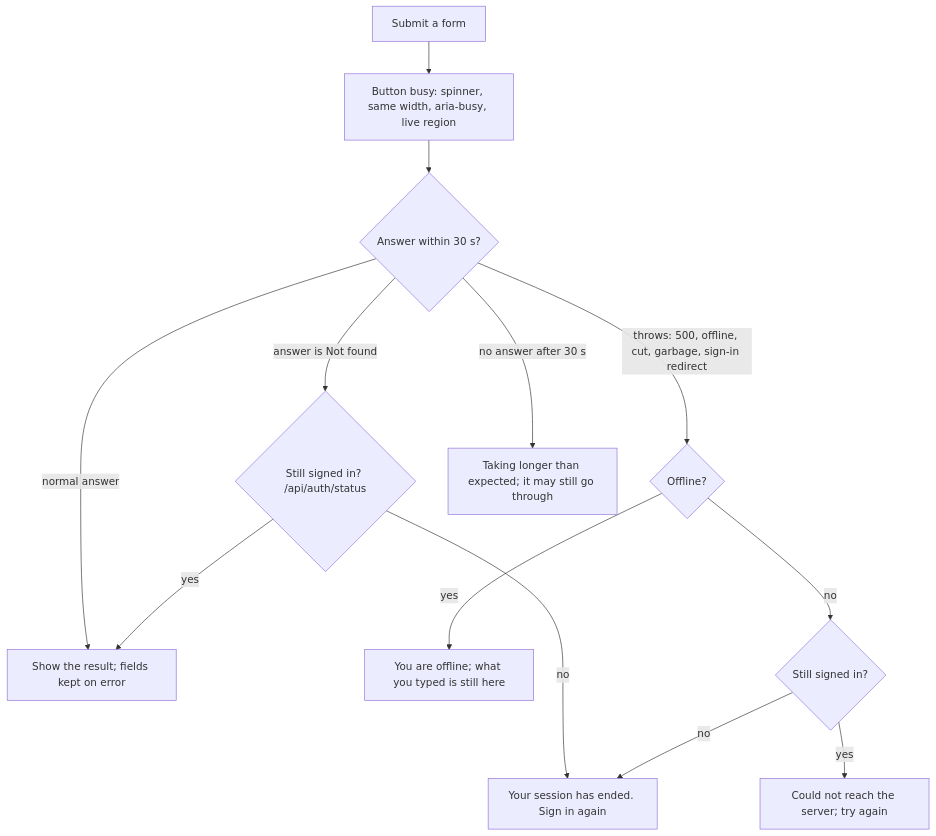
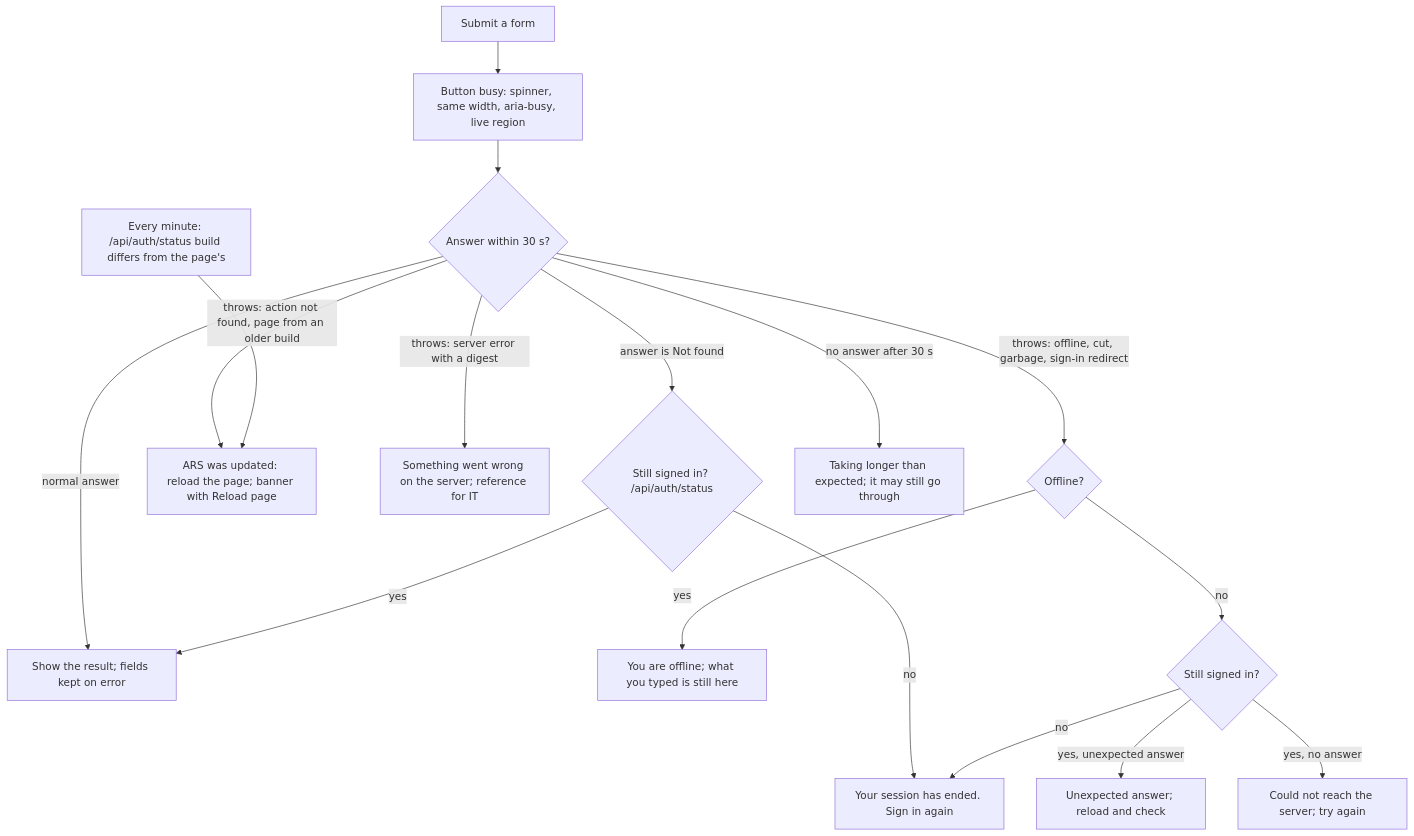
Diagram 30 of 31 in FLOWS.md (HarishDevs/ARS-Approval-System), drawn with Mermaid before and after one commit. The commit also changed other lines of this file and 22 other files, not shown here.

````diff
--- a/FLOWS.md
+++ b/FLOWS.md
@@ -1083,15 +1084,19 @@
 ```mermaid
 flowchart TD
   A[Submit a form] --> B[Button busy: spinner, same width, aria-busy, live region]
   B --> C{Answer within 30 s?}
   C -- normal answer --> D[Show the result; fields kept on error]
   C -- answer is Not found --> E{Still signed in? /api/auth/status}
   E -- no --> S[Your session has ended. Sign in again]
   E -- yes --> D
-  C -- throws: 500, offline, cut, garbage, sign-in redirect --> F{Offline?}
+  C -- throws: action not found, page from an older build --> R[ARS was updated: reload the page; banner with Reload page]
+  C -- throws: server error with a digest --> X[Something went wrong on the server; reference for IT]
+  C -- throws: offline, cut, garbage, sign-in redirect --> F{Offline?}
   F -- yes --> O[You are offline; what you typed is still here]
   F -- no --> G{Still signed in?}
   G -- no --> S
-  G -- yes --> U[Could not reach the server; try again]
+  G -- yes, unexpected answer --> V[Unexpected answer; reload and check]
+  G -- yes, no answer --> U[Could not reach the server; try again]
   C -- no answer after 30 s --> T[Taking longer than expected; it may still go through]
+  W[Every minute: /api/auth/status build differs from the page's] --> R
 ```
````
